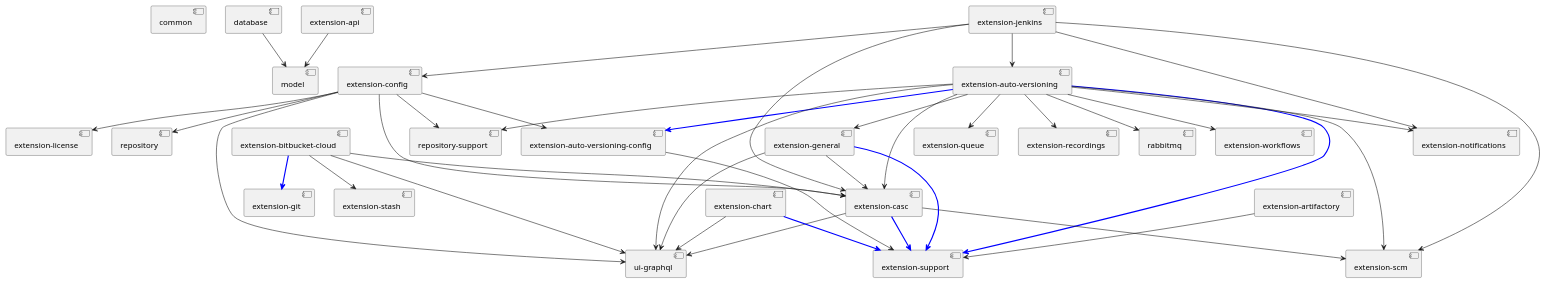
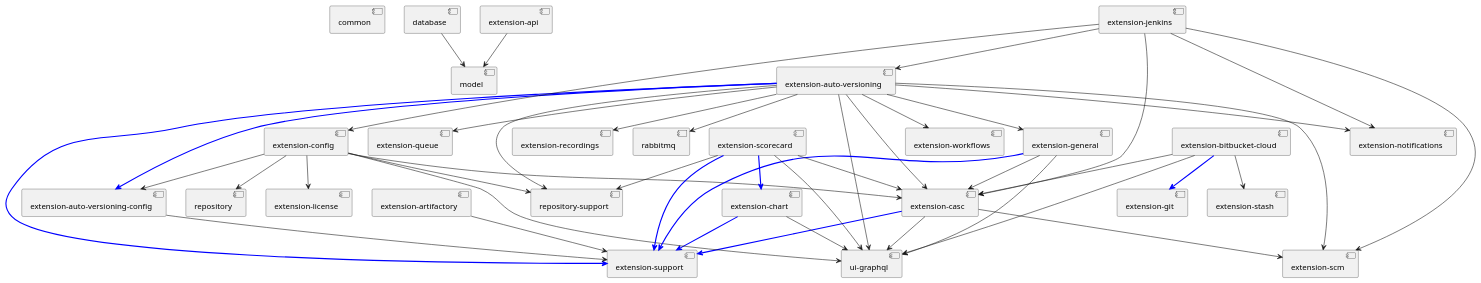
The diagram in doc/modules.puml (yontrack/yontrack), drawn with PlantUML before and after one commit. The commit also changed 61 other files, not shown here.

```diff
--- a/doc/modules.puml
+++ b/doc/modules.puml
@@ -1,55 +1,61 @@
 @startuml
 
 [common]
 
 [database] --> [model]
 
 [extension-api] --> [model]
 
 [extension-artifactory] --> [extension-support]
 
 [extension-auto-versioning] --> [extension-support] #blue;line.bold
 [extension-auto-versioning] --> [extension-auto-versioning-config] #blue;line.bold
 [extension-auto-versioning] --> [ui-graphql]
 [extension-auto-versioning] --> [extension-scm]
 [extension-auto-versioning] --> [extension-general]
 [extension-auto-versioning] --> [extension-casc]
 [extension-auto-versioning] --> [repository-support]
 [extension-auto-versioning] --> [extension-queue]
 [extension-auto-versioning] --> [extension-recordings]
 [extension-auto-versioning] --> [rabbitmq]
 [extension-auto-versioning] --> [extension-notifications]
 [extension-auto-versioning] --> [extension-workflows]
 
 [extension-auto-versioning-config] --> [extension-support]
 
 [extension-bitbucket-cloud] --> [extension-git] #blue;line.bold
 [extension-bitbucket-cloud] --> [extension-stash]
 [extension-bitbucket-cloud] --> [ui-graphql]
 [extension-bitbucket-cloud] --> [extension-casc]
 
 [extension-casc] --> [extension-support] #blue;line.bold
 [extension-casc] --> [extension-scm]
 [extension-casc] --> [ui-graphql]
 
 [extension-chart] --> [extension-support] #blue;line.bold
 [extension-chart] --> [ui-graphql]
 
 [extension-config] --> [ui-graphql]
 [extension-config] --> [extension-license]
 [extension-config] --> [extension-casc]
 [extension-config] --> [extension-auto-versioning-config]
 [extension-config] --> [repository]
 [extension-config] --> [repository-support]
 
 [extension-general] --> [extension-support] #blue;line.bold
 [extension-general] --> [ui-graphql]
 [extension-general] --> [extension-casc]
 
+[extension-scorecard] --> [extension-support] #blue;line.bold
+[extension-scorecard] --> [extension-chart] #blue;line.bold
+[extension-scorecard] --> [ui-graphql]
+[extension-scorecard] --> [extension-casc]
+[extension-scorecard] --> [repository-support]
+
 [extension-jenkins] --> [extension-scm]
 [extension-jenkins] --> [extension-auto-versioning]
 [extension-jenkins] --> [extension-casc]
 [extension-jenkins] --> [extension-notifications]
 [extension-jenkins] --> [extension-config]
 
 @enduml
```
